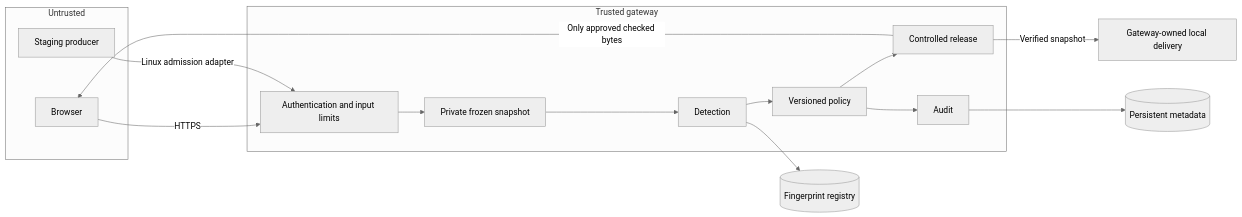
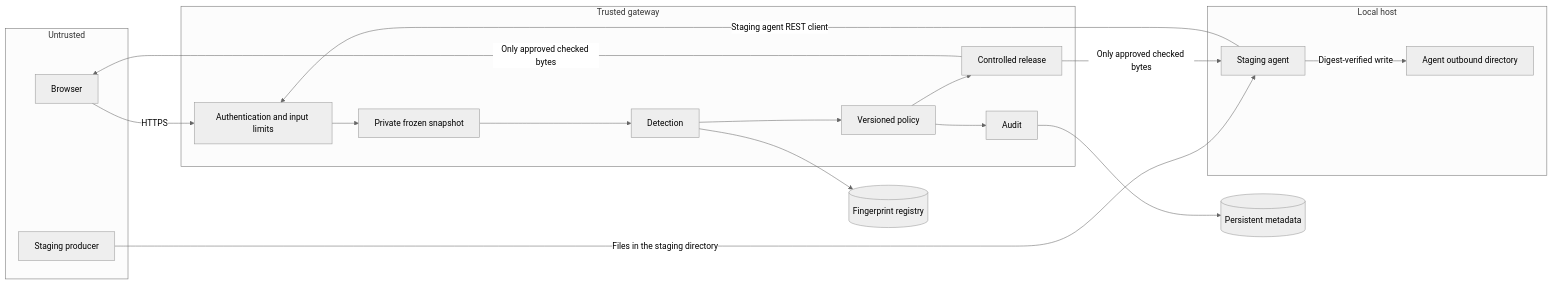
The first of 4 diagrams in docs/architecture.md (UsmanPrime/rootsentinel-dlp), drawn with Mermaid (neutral theme) before and after one commit. The commit also changed other lines of this file and 25 other files, not shown here.

````diff
--- a/docs/architecture.md
+++ b/docs/architecture.md
@@ -22,23 +23,29 @@
 ```mermaid
 flowchart LR
   subgraph Untrusted
     B[Browser]
     S[Staging producer]
+  end
+  subgraph Local host
+    T[Staging agent]
+    O[Agent outbound directory]
   end
   subgraph Trusted gateway
     A[Authentication and input limits]
     Q[Private frozen snapshot]
     D[Detection]
     P[Versioned policy]
     G[Controlled release]
     L[Audit]
   end
   B -->|HTTPS| A
-  S -->|Linux admission adapter| A
+  S -->|Files in the staging directory| T
+  T -->|Staging agent REST client| A
   A --> Q --> D --> P --> G
   P --> L
   G -->|Only approved checked bytes| B
-  G -->|Verified snapshot| O[Gateway-owned local delivery]
+  G -->|Only approved checked bytes| T
+  T -->|Digest-verified write| O
   D --> R[(Fingerprint registry)]
   L --> DB[(Persistent metadata)]
 ```
````
